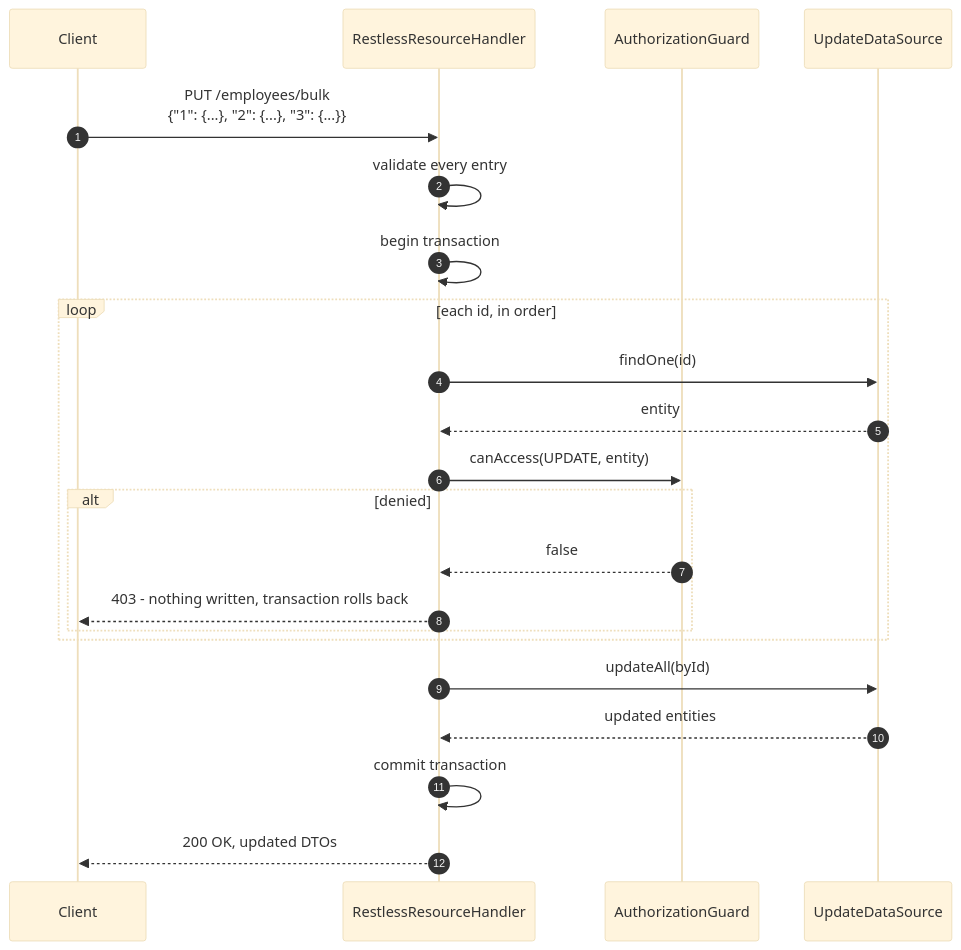
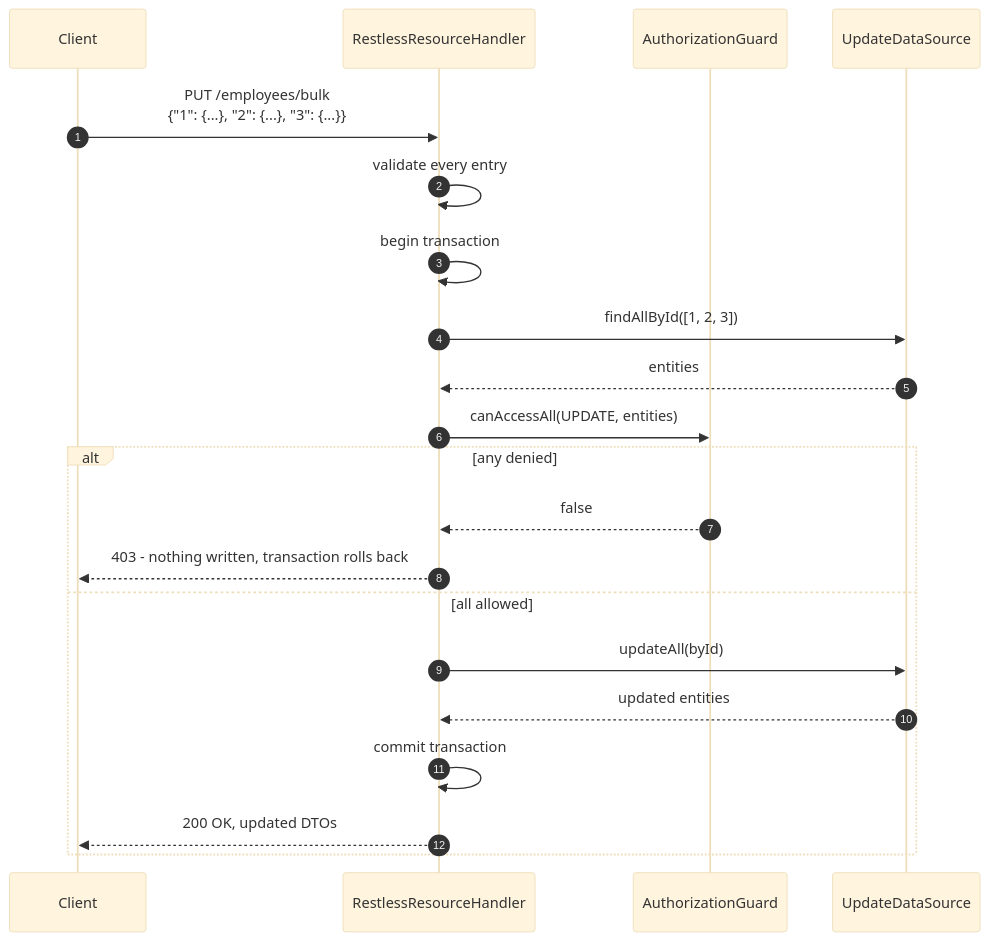
One commit to cristivoicu/springboot_restless changed the eighth of 9 diagrams in docs/DEEP_DIVE.md. Above: the diagram before and after it, drawn with Mermaid (base theme). The commit also changed other lines of this file and 14 other files, not shown here.

````diff
--- a/docs/DEEP_DIVE.md
+++ b/docs/DEEP_DIVE.md
@@ -831,25 +952,24 @@
 ```mermaid
 sequenceDiagram
     autonumber
     participant C as Client
     participant H as RestlessResourceHandler
     participant G as AuthorizationGuard
     participant D as UpdateDataSource
 
     C->>H: PUT /employees/bulk<br/>{"1": {...}, "2": {...}, "3": {...}}
     H->>H: validate every entry
     H->>H: begin transaction
-    loop each id, in order
-        H->>D: findOne(id)
-        D-->>H: entity
-        H->>G: canAccess(UPDATE, entity)
-        alt denied
-            G-->>H: false
-            H-->>C: 403 - nothing written, transaction rolls back
-        end
+    H->>D: findAllById([1, 2, 3])
+    D-->>H: entities
+    H->>G: canAccessAll(UPDATE, entities)
+    alt any denied
+        G-->>H: false
+        H-->>C: 403 - nothing written, transaction rolls back
+    else all allowed
+        H->>D: updateAll(byId)
+        D-->>H: updated entities
+        H->>H: commit transaction
+        H-->>C: 200 OK, updated DTOs
     end
-    H->>D: updateAll(byId)
-    D-->>H: updated entities
-    H->>H: commit transaction
-    H-->>C: 200 OK, updated DTOs
 ```
````
